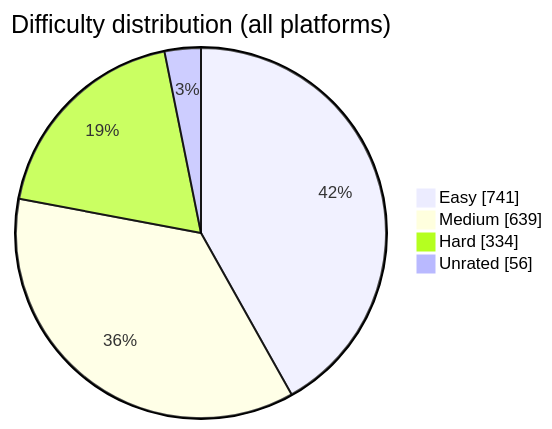
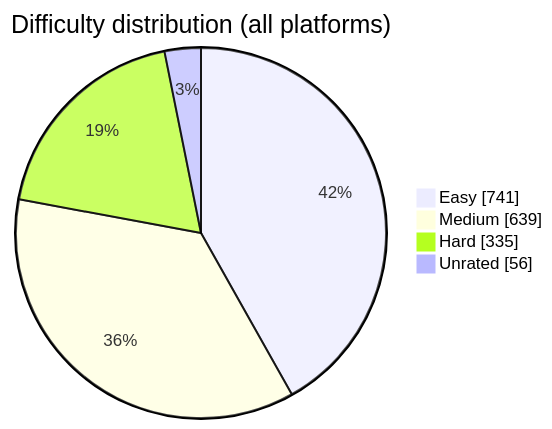
One commit to BuildbyArindam/Daily-Coding-Log changed the diagram in README.md. Above: the diagram before and after it, drawn with Mermaid. The commit also changed other lines of this file, not shown here.

````diff
--- a/README.md
+++ b/README.md
@@ -108,7 +108,7 @@
 ```mermaid
 pie showData title Difficulty distribution (all platforms)
     "Easy" : 741
     "Medium" : 639
-    "Hard" : 334
+    "Hard" : 335
     "Unrated" : 56
 ```
````
